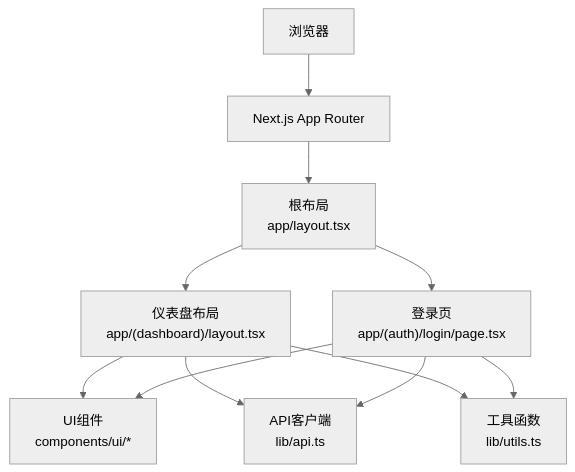
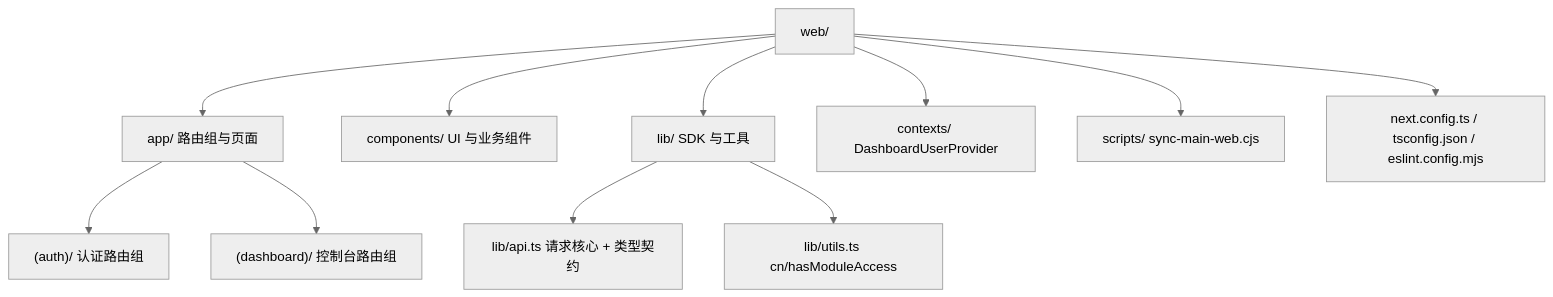
Before and after one commit to x01n/dnsplane: the first of 5 diagrams in docs/前端开发指南/前端开发指南.md, drawn with Mermaid (neutral theme). The commit also changed other lines of this file and 326 other files, not shown here.

````diff
--- a/docs/前端开发指南/前端开发指南.md
+++ b/docs/前端开发指南/前端开发指南.md
@@ -101,21 +84,13 @@
 ```mermaid
-graph TB
-Client["浏览器"]
-Router["Next.js App Router"]
-RootLayout["根布局<br/>app/layout.tsx"]
-DashLayout["仪表盘布局<br/>app/(dashboard)/layout.tsx"]
-LoginPage["登录页<br/>app/(auth)/login/page.tsx"]
-APIClient["API客户端<br/>lib/api.ts"]
-UIComponents["UI组件<br/>components/ui/*"]
-Utils["工具函数<br/>lib/utils.ts"]
-Client --> Router
-Router --> RootLayout
-RootLayout --> DashLayout
-RootLayout --> LoginPage
-DashLayout --> UIComponents
-LoginPage --> UIComponents
-DashLayout --> APIClient
-LoginPage --> APIClient
-DashLayout --> Utils
-LoginPage --> Utils
+graph TD
+  WEB["web/"] --> APP["app/ 路由组与页面"]
+  WEB --> COMPONENTS["components/ UI 与业务组件"]
+  WEB --> LIB["lib/ SDK 与工具"]
+  WEB --> CTX["contexts/ DashboardUserProvider"]
+  WEB --> SCRIPTS["scripts/ sync-main-web.cjs"]
+  WEB --> CONFIG["next.config.ts / tsconfig.json / eslint.config.mjs"]
+  APP --> AUTH_GROUP["(auth)/ 认证路由组"]
+  APP --> DASH_GROUP["(dashboard)/ 控制台路由组"]
+  LIB --> API["lib/api.ts 请求核心 + 类型契约"]
+  LIB --> UTILS["lib/utils.ts cn/hasModuleAccess"]
 ```
````
